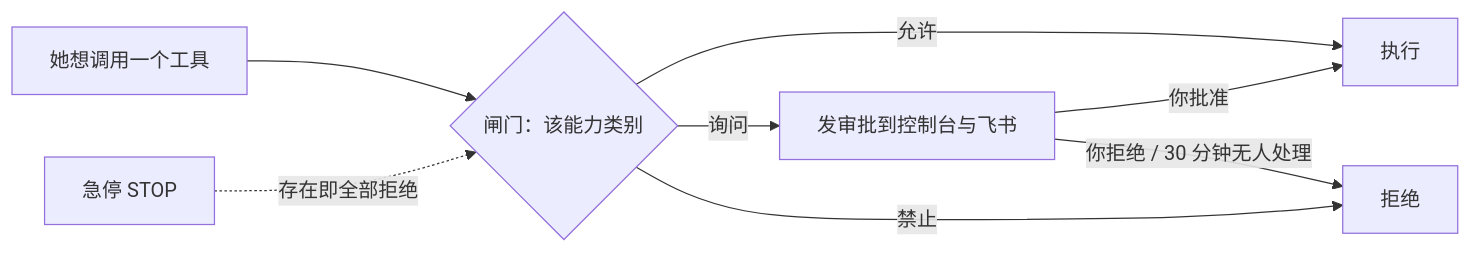
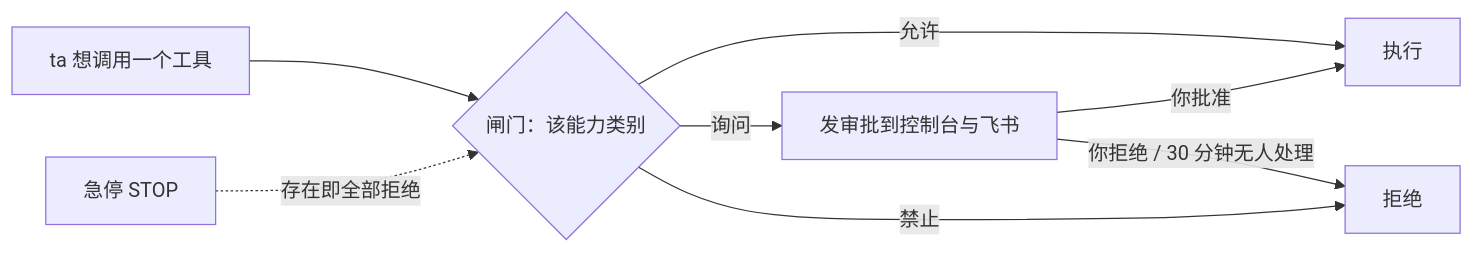
One commit to Causally-XYZ/Project.Quetzal changed the diagram in website/content/docs/zh/guide/permissions.md. Above: the diagram before and after it, drawn with Mermaid. The commit also changed other lines of this file and 26 other files, not shown here.

````diff
--- a/website/content/docs/zh/guide/permissions.md
+++ b/website/content/docs/zh/guide/permissions.md
@@ -10,10 +10,10 @@
 ```mermaid
 flowchart LR
-  T[她想调用一个工具] --> G{闸门：该能力类别}
+  T[ta 想调用一个工具] --> G{闸门：该能力类别}
   G -- 允许 --> X[执行]
   G -- 询问 --> A[发审批到控制台与飞书]
   A -- 你批准 --> X
   A -- 你拒绝 / 30 分钟无人处理 --> D[拒绝]
   G -- 禁止 --> D
   S[急停 STOP] -. 存在即全部拒绝 .-> G
 ```
````
